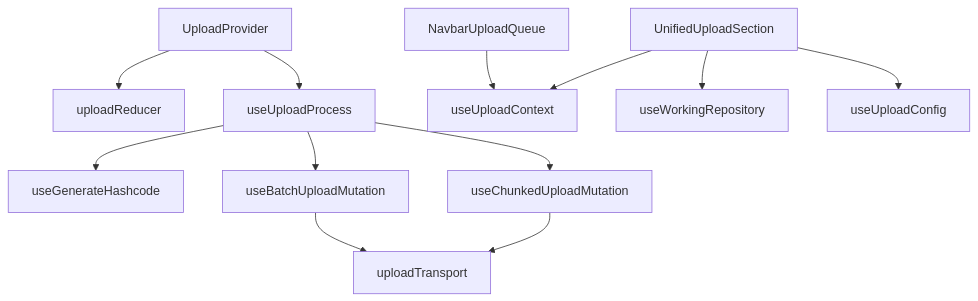
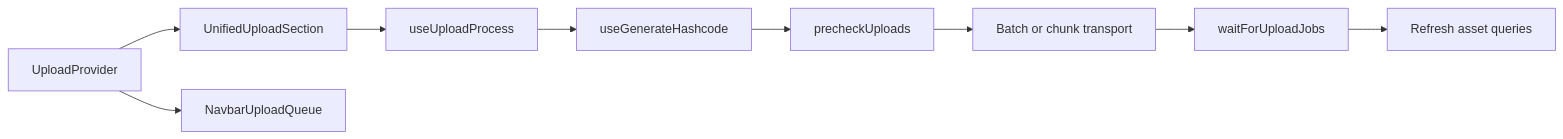
The diagram in web/src/features/upload/doc.md (EdwinZhanCN/Lumilio-Photos), drawn with Mermaid before and after one commit. The commit also changed other lines of this file and 74 other files, not shown here.

````diff
--- a/web/src/features/upload/doc.md
+++ b/web/src/features/upload/doc.md
@@ -81,14 +26,11 @@
 ```mermaid
-flowchart TD
-    PROVIDER["UploadProvider"] --> REDUCER["uploadReducer"]
-    PROVIDER --> PROCESS["useUploadProcess"]
-    UI["UnifiedUploadSection"] --> CTX["useUploadContext"]
-    NAV["NavbarUploadQueue"] --> CTX
-    UI --> PICKER["useWorkingRepository"]
-    UI --> CONFIG["useUploadConfig"]
+flowchart LR
+    PROVIDER["UploadProvider"] --> QUEUE["UnifiedUploadSection"]
+    PROVIDER --> NAV["NavbarUploadQueue"]
+    QUEUE --> PROCESS["useUploadProcess"]
     PROCESS --> HASH["useGenerateHashcode"]
-    PROCESS --> BATCH["useBatchUploadMutation"]
-    PROCESS --> CHUNK["useChunkedUploadMutation"]
-    BATCH --> TRANSPORT["uploadTransport"]
-    CHUNK --> TRANSPORT
+    HASH --> PRECHECK["precheckUploads"]
+    PRECHECK --> TRANSPORT["Batch or chunk transport"]
+    TRANSPORT --> JOBS["waitForUploadJobs"]
+    JOBS --> REFRESH["Refresh asset queries"]
 ```
````
